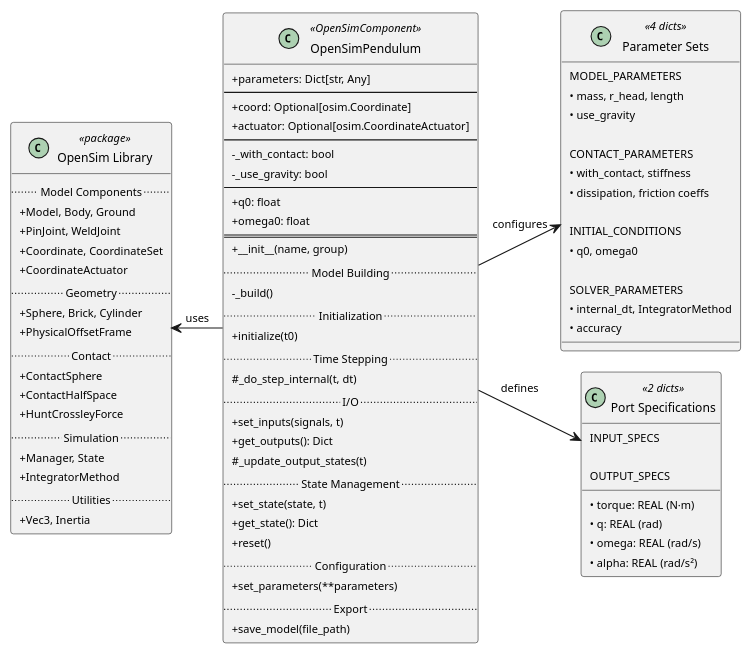
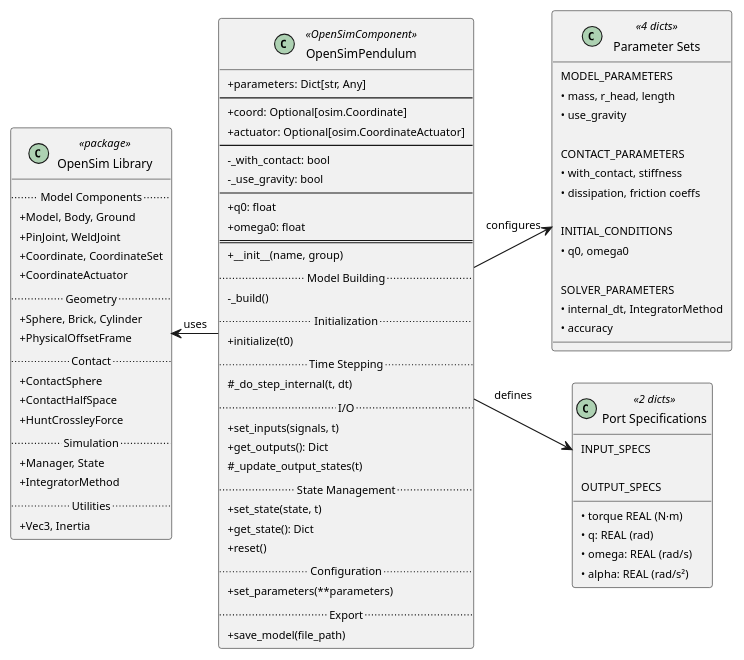
One commit to FlorianFrech/SystemSimulation changed the diagram in docs/diagrams/src/class/models/opensim_pendulum.puml. Above: the diagram before and after it, drawn with PlantUML. The commit also changed 25 other files, not shown here.

```diff
--- a/docs/diagrams/src/class/models/opensim_pendulum.puml
+++ b/docs/diagrams/src/class/models/opensim_pendulum.puml
@@ -1,153 +1,163 @@
 @startuml OpenSimPendulum
+
+' ============================================================================
+' STYLING
+' ============================================================================
 
 skinparam classAttributeIconSize 0
 skinparam padding 2
 skinparam defaultFontSize 10
 skinparam classFontSize 11
-skinparam nodesep 20
-skinparam ranksep 20
+skinparam nodesep 30
+skinparam ranksep 10
+
+' Color scheme - clean white background
+skinparam backgroundColor white
+
+' Remove yellow/red default colors
+skinparam shadowing false
 
 ' Force left-to-right layout
 left to right direction
 
 ' ============================================================================
 ' OPENSIM PENDULUM CLASS
 ' ============================================================================
 
 class OpenSimPendulum <<OpenSimComponent>> {
     + parameters: Dict[str, Any]
     --
     + coord: Optional[osim.Coordinate]
     + actuator: Optional[osim.CoordinateActuator]
     --
     - _with_contact: bool
     - _use_gravity: bool
     --
     + q0: float
     + omega0: float
     ==
     + __init__(name, group)
     .. Model Building ..
     - _build()
     .. Initialization ..
     + initialize(t0)
     .. Time Stepping ..
     # _do_step_internal(t, dt)
     .. I/O ..
     + set_inputs(signals, t)
     + get_outputs(): Dict
     # _update_output_states(t)
     .. State Management ..
     + set_state(state, t)
     + get_state(): Dict
     + reset()
     .. Configuration ..
     + set_parameters(**parameters)
     .. Export ..
     + save_model(file_path)
 }
 
 class "Parameter Sets" as Params <<4 dicts>> {
     MODEL_PARAMETERS
     • mass, r_head, length
     • use_gravity
     
     CONTACT_PARAMETERS
     • with_contact, stiffness
     • dissipation, friction coeffs
     
     INITIAL_CONDITIONS
     • q0, omega0
     
     SOLVER_PARAMETERS
     • internal_dt, IntegratorMethod
     • accuracy
 }
 
 class "OpenSim Library" as OSim <<package>> {
     .. Model Components ..
     + Model, Body, Ground
     + PinJoint, WeldJoint
     + Coordinate, CoordinateSet
     + CoordinateActuator
     .. Geometry ..
     + Sphere, Brick, Cylinder
     + PhysicalOffsetFrame
     .. Contact ..
     + ContactSphere
     + ContactHalfSpace
     + HuntCrossleyForce
     .. Simulation ..
     + Manager, State
     + IntegratorMethod
     .. Utilities ..
     + Vec3, Inertia
 }
 
 class "Port Specifications" as Ports <<2 dicts>> {
     INPUT_SPECS
-    • torque: REAL (N·m)
+    • torque REAL (N·m)
     
     OUTPUT_SPECS
     • q: REAL (rad)
     • omega: REAL (rad/s)
     • alpha: REAL (rad/s²)
 }
 
 ' Relationships
 OpenSimPendulum -up-> OSim : uses
 OpenSimPendulum -down-> Params : configures
 OpenSimPendulum -down-> Ports : defines
 
 ' Force 2x2 layout
 Params -[hidden]right- Ports
 
 ' note right of OpenSimPendulum
 '     **Single-DOF Pendulum (OpenSim)**
     
 '     • Rigid multibody dynamics
 '     • Pin joint at base
 '     • Coordinate actuator for torque
 '     • Optional contact with wall
 '     • Optional gravity
 '     • Runge-Kutta-Merson integrator
     
 '     **Model Structure:**
 '     Ground → Base (WeldJoint)
 '     Base → Head (PinJoint)
 ' end note
 
 ' note bottom of Params
 '     **Configuration Groups:**
     
 '     All parameters organized by
 '     category for easy management:
 '     - Physical properties
 '     - Contact mechanics
 '     - Initial state
 '     - Solver settings
 ' end note
 
 ' note bottom of OSim
 '     **OpenSim/Simbody Integration:**
     
 '     • Bodies with mass/inertia
 '     • Joints define kinematics
 '     • Forces (actuators, contact)
 '     • Manager handles time integration
 '     • State tracks configuration
     
 '     **Realization Stages:**
 '     Position → Velocity →
 '     Dynamics → Acceleration
 ' end note
 
 ' note top of Ports
 '     **Co-Simulation Interface:**
     
 '     Compatible with FMU and
 '     FEM pendulum models via
 '     standard input/output ports
 ' end note
 
 @enduml
```
